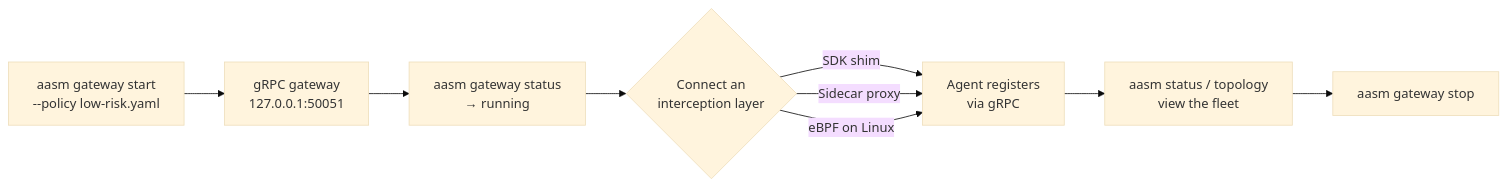
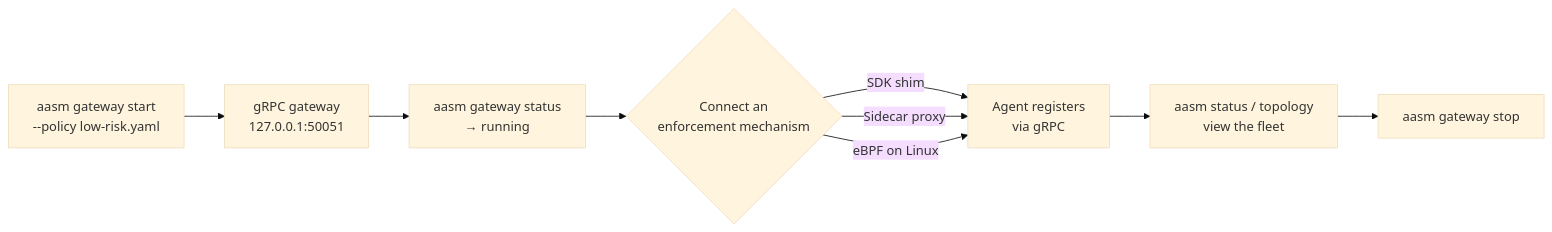
The diagram in docs/src/quick-start/first-run.md (ai-agent-assembly/agent-assembly), drawn with Mermaid (base theme) before and after one commit. The commit also changed other lines of this file and 7 other files, not shown here.

````diff
--- a/docs/src/quick-start/first-run.md
+++ b/docs/src/quick-start/first-run.md
@@ -9,11 +9,11 @@
 ```mermaid
 flowchart LR
     A["aasm gateway start<br/>--policy low-risk.yaml"] --> B["gRPC gateway<br/>127.0.0.1:50051"]
     B --> C["aasm gateway status<br/>→ running"]
-    C --> D{"Connect an<br/>interception layer"}
+    C --> D{"Connect an<br/>enforcement mechanism"}
     D -->|SDK shim| E["Agent registers<br/>via gRPC"]
     D -->|Sidecar proxy| E
     D -->|eBPF on Linux| E
     E --> F["aasm status / topology<br/>view the fleet"]
     F --> G["aasm gateway stop"]
 ```
````
